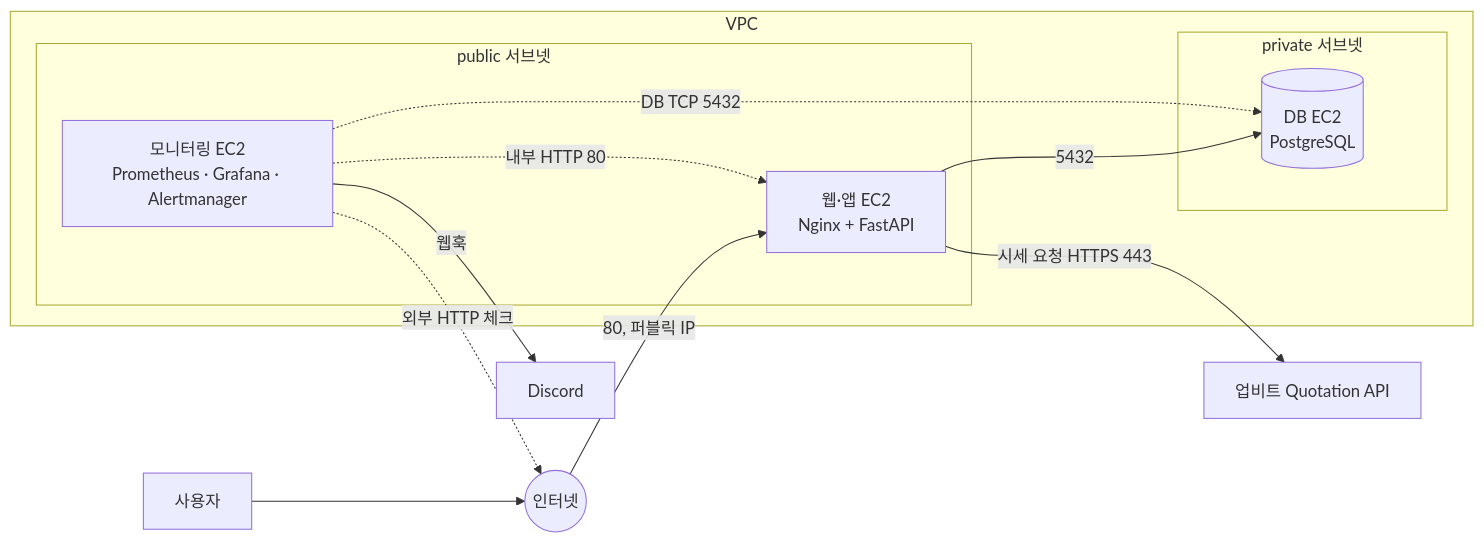
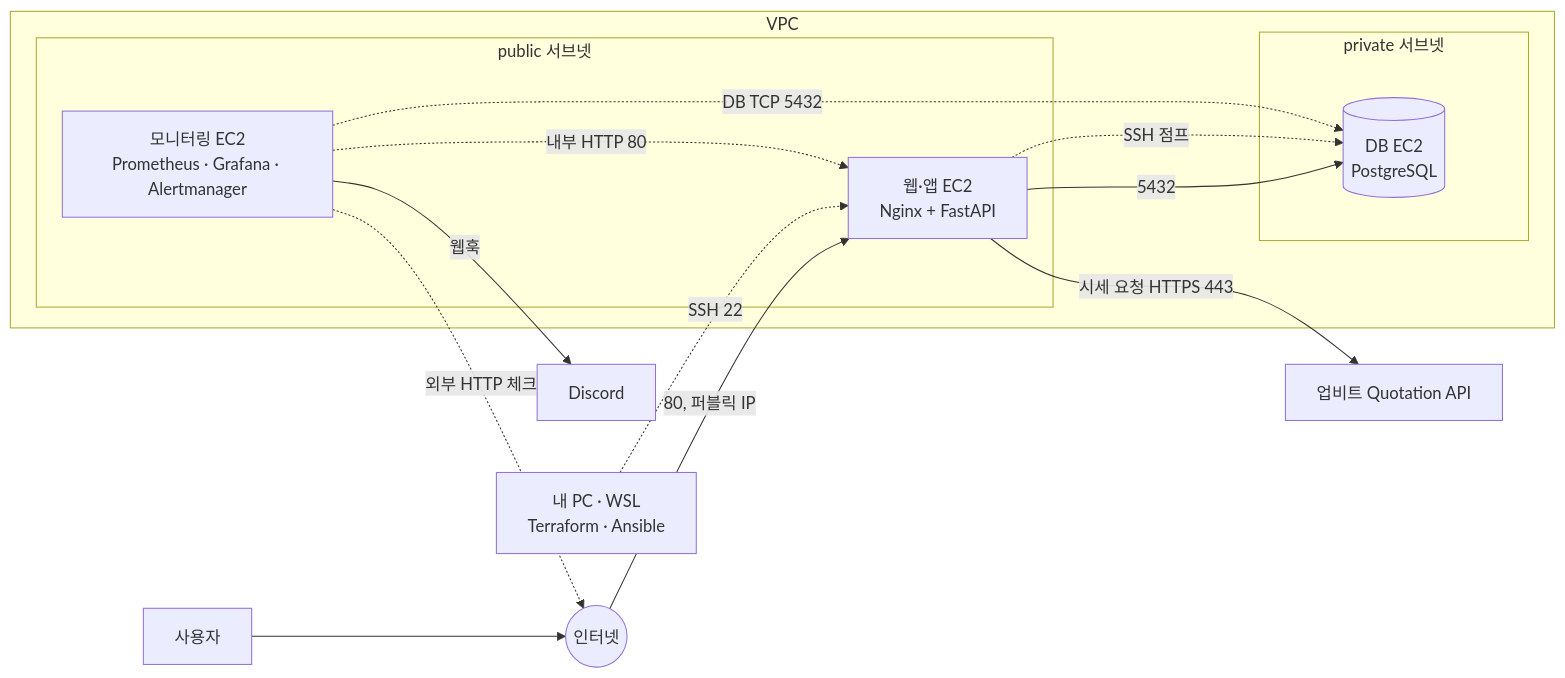
The first of 2 diagrams in README.md (ekimje/aws-network-incident-monitoring-lab), drawn with Mermaid before and after one commit. The commit also changed other lines of this file, not shown here.

Commit message:
Update plan: Ansible for server config, runbooks, optional auto-remediation

````diff
--- a/README.md
+++ b/README.md
@@ -39,20 +46,22 @@
 ```mermaid
 flowchart LR
     user[사용자] --> inet((인터넷))
     inet -->|80, 퍼블릭 IP| web
     subgraph VPC
         subgraph public[public 서브넷]
             web[웹·앱 EC2<br/>Nginx + FastAPI]
             mon[모니터링 EC2<br/>Prometheus · Grafana · Alertmanager]
         end
         subgraph private[private 서브넷]
             db[(DB EC2<br/>PostgreSQL)]
         end
     end
     web -->|5432| db
     web -->|시세 요청 HTTPS 443| upbit[업비트 Quotation API]
+    pc[내 PC · WSL<br/>Terraform · Ansible] -.->|SSH 22| web
+    web -.->|SSH 점프| db
     mon -.->|내부 HTTP 80| web
     mon -.->|DB TCP 5432| db
     mon -.->|외부 HTTP 체크| inet
     mon -->|웹훅| discord[Discord]
 ```
````
